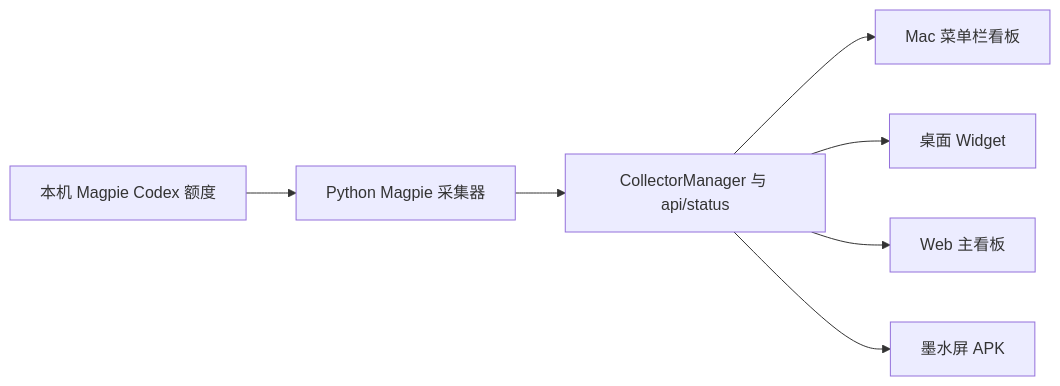
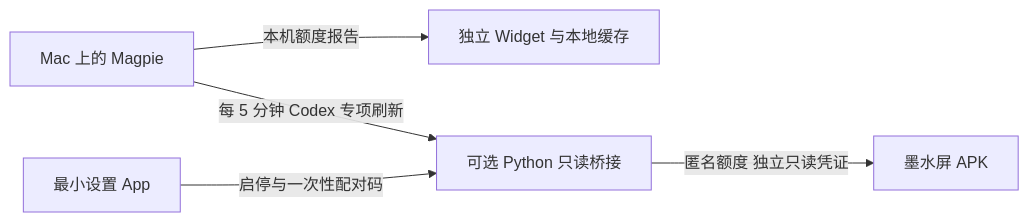
The diagram in docs/MAGPIE-MIGRATION.md (easonwong2026-del/AICC), drawn with Mermaid before and after one commit. The commit also changed other lines of this file and 88 other files, not shown here.

````diff
--- a/docs/MAGPIE-MIGRATION.md
+++ b/docs/MAGPIE-MIGRATION.md
@@ -53,9 +40,7 @@
 ```mermaid
 flowchart LR
-  M[本机 Magpie Codex 额度] --> C[Python Magpie 采集器]
-  C --> S[CollectorManager 与 api/status]
-  S --> Mac[Mac 菜单栏看板]
-  S --> Widget[桌面 Widget]
-  S --> Web[Web 主看板]
-  S --> Android[墨水屏 APK]
+  M[Mac 上的 Magpie] -->|本机额度报告| W[独立 Widget 与本地缓存]
+  M -->|每 5 分钟 Codex 专项刷新| B[可选 Python 只读桥接]
+  S[最小设置 App] -->|启停与一次性配对码| B
+  B -->|匿名额度 独立只读凭证| A[墨水屏 APK]
 ```
````
